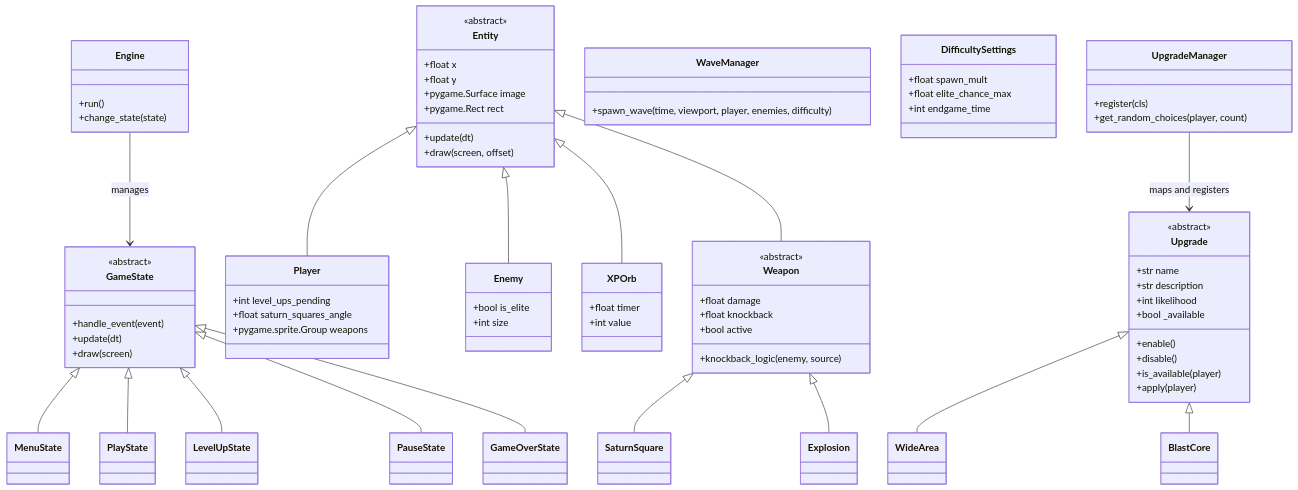
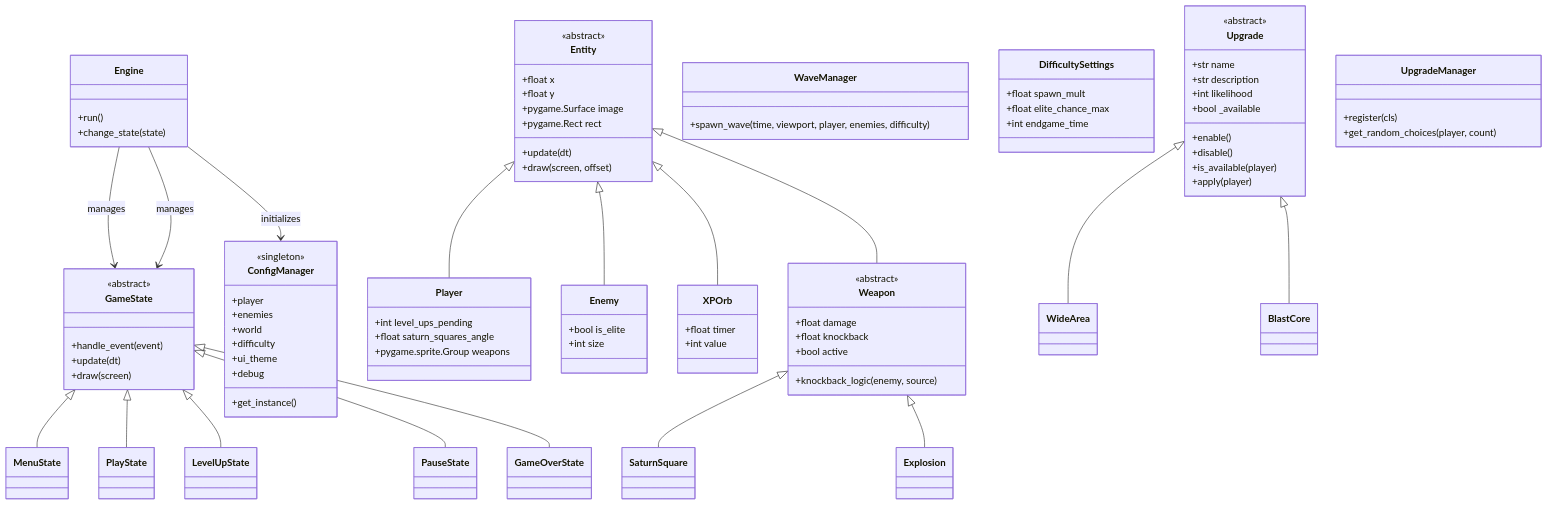
The diagram in README.md (lavariall/square-survivors), drawn with Mermaid before and after one commit. The commit also changed other lines of this file and 35 other files, not shown here.

````diff
--- a/README.md
+++ b/README.md
@@ -116,5 +116,18 @@
     
     Upgrade <|-- WideArea
     Upgrade <|-- BlastCore
-    UpgradeManager --> Upgrade : maps and registers
+    Engine --> GameState : manages
+    Engine --> ConfigManager : initializes
+
+    %% Configuration
+    class ConfigManager {
+        <<singleton>>
+        +get_instance()
+        +player
+        +enemies
+        +world
+        +difficulty
+        +ui_theme
+        +debug
+    }
 ```
````
